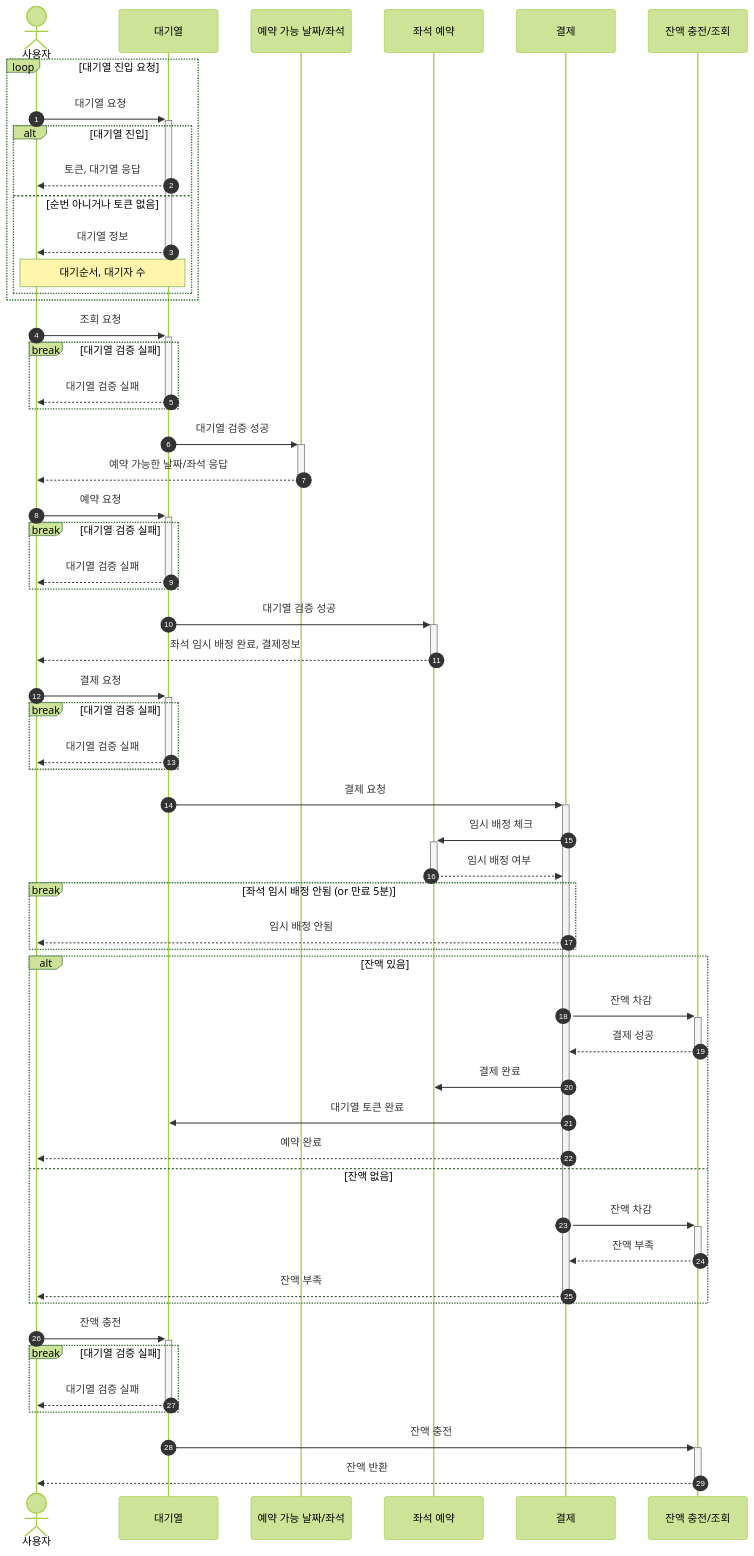
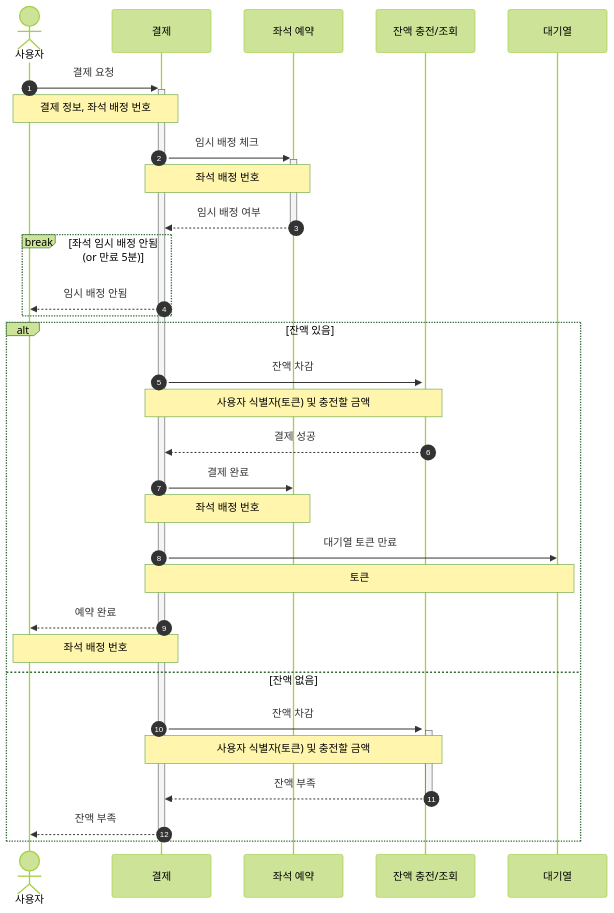
Before and after one commit to kdelay/Concert-Booking: the sixth of 6 diagrams in sequence_diagram.md, drawn with Mermaid (forest theme). The commit also changed other lines of this file and 1 other file, not shown here.

First line of the commit message:
docs: sequence diagram 수정

````diff
--- a/sequence_diagram.md
+++ b/sequence_diagram.md
@@ -1,55 +57,29 @@
 ```mermaid
 sequenceDiagram
     autonumber
     actor 사용자
-    loop 대기열 진입 요청
-        사용자 ->>+ 대기열: 대기열 요청
-        alt 대기열 진입
-            대기열 -->> 사용자: 토큰, 대기열 응답
-        else 순번 아니거나 토큰 없음
-            대기열 -->>- 사용자: 대기열 정보
-            Note over 사용자, 대기열: 대기순서, 대기자 수
-        end
-    end
-    사용자 ->>+ 대기열: 조회 요청
-    break 대기열 검증 실패
-        대기열 -->>- 사용자: 대기열 검증 실패
-    end
-    대기열 ->>+ 예약 가능 날짜/좌석: 대기열 검증 성공
-    예약 가능 날짜/좌석 -->>- 사용자: 예약 가능한 날짜/좌석 응답
-    사용자 ->>+ 대기열: 예약 요청
-    break 대기열 검증 실패
-        대기열 -->>- 사용자: 대기열 검증 실패
-    end
-    대기열 ->>+ 좌석 예약: 대기열 검증 성공
-    좌석 예약 -->>- 사용자: 좌석 임시 배정 완료, 결제정보
-
-    사용자 ->>+ 대기열: 결제 요청
-    break 대기열 검증 실패
-        대기열 -->>- 사용자: 대기열 검증 실패
-    end
-    대기열 ->>+ 결제: 결제 요청
-    
+    사용자 ->>+ 결제: 결제 요청
+    Note over 사용자, 결제: 결제 정보, 좌석 배정 번호
     결제 ->>+ 좌석 예약: 임시 배정 체크
+  Note over 결제, 좌석 예약: 좌석 배정 번호
     좌석 예약 -->>- 결제: 임시 배정 여부
     break 좌석 임시 배정 안됨 (or 만료 5분)
         결제 -->> 사용자: 임시 배정 안됨
     end
     alt 잔액 있음
         결제 ->>+ 잔액 충전/조회: 잔액 차감
-        잔액 충전/조회 -->>- 결제: 결제 성공
+        Note over 결제, 잔액 충전/조회: 사용자 식별자(토큰) 및 충전할 금액
+        잔액 충전/조회 -->> 결제: 결제 성공
         결제 ->> 좌석 예약: 결제 완료
-        결제 ->> 대기열: 대기열 토큰 완료
+        Note over 결제, 좌석 예약: 좌석 배정 번호
+        결제 ->> 대기열: 대기열 토큰 만료
+        Note over 결제, 대기열: 토큰
         결제 -->> 사용자: 예약 완료
+        Note over 사용자, 결제: 좌석 배정 번호
     else 잔액 없음
         결제 ->>+ 잔액 충전/조회: 잔액 차감
+        Note over 결제, 잔액 충전/조회: 사용자 식별자(토큰) 및 충전할 금액
         잔액 충전/조회 -->>- 결제: 잔액 부족
         결제 -->>- 사용자: 잔액 부족
     end
-    사용자 ->>+ 대기열: 잔액 충전
-    break 대기열 검증 실패
-        대기열 -->>- 사용자: 대기열 검증 실패
-    end
-    대기열 ->>+ 잔액 충전/조회: 잔액 충전
-    잔액 충전/조회 -->>- 사용자: 잔액 반환
 ```
````
